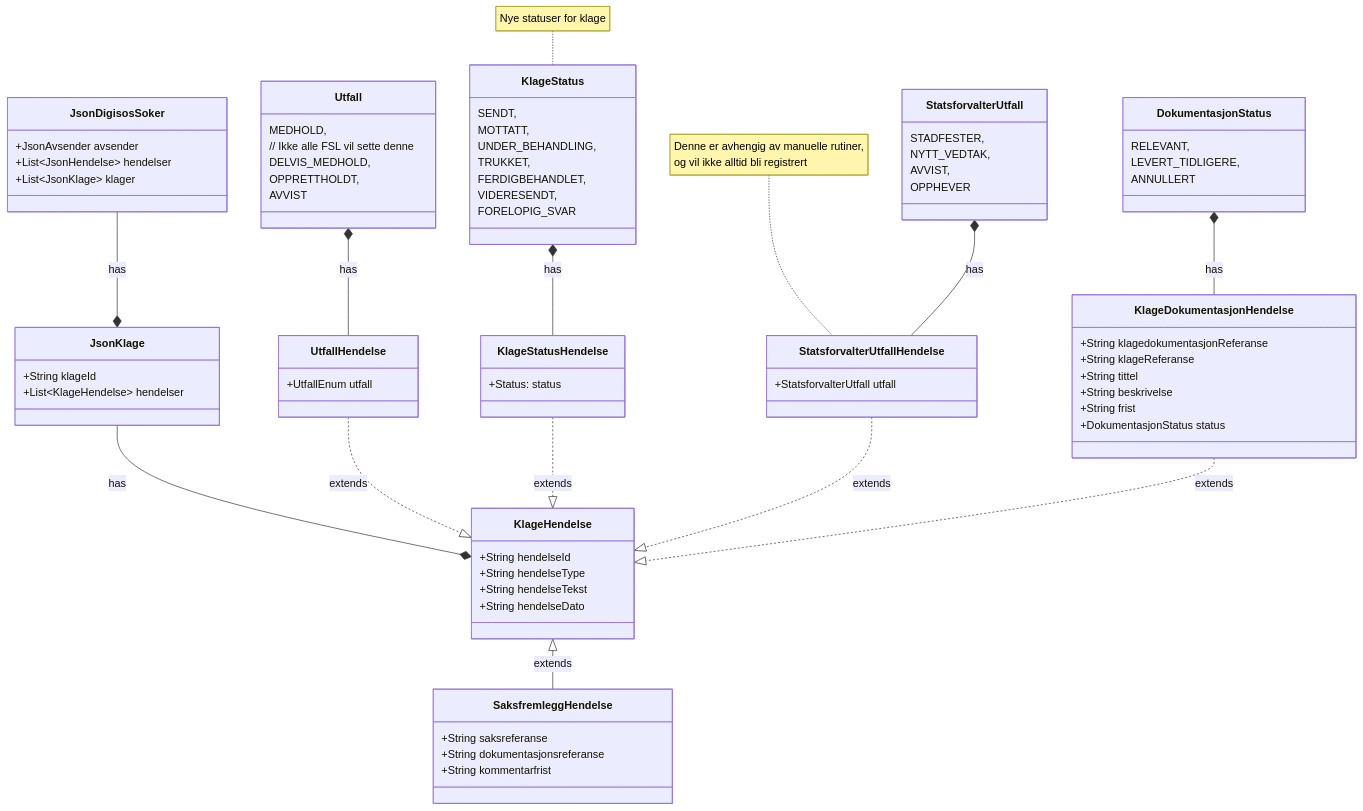
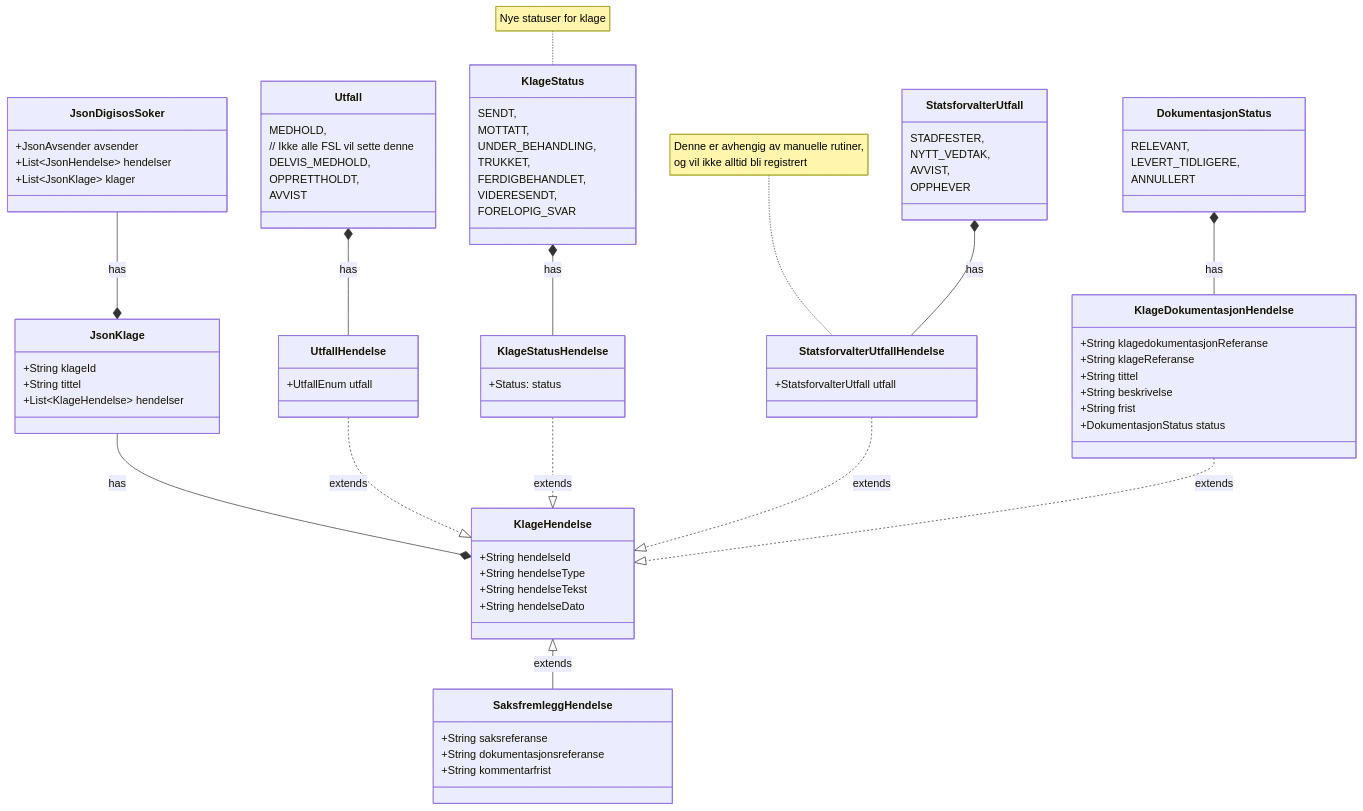
Before and after one commit to navikt/soknadsosialhjelp-filformat: the seventh of 7 diagrams in klage-filformat.md, drawn with Mermaid. The commit also changed other lines of this file and 3 other files, not shown here.

```diff
--- a/klage-filformat.md
+++ b/klage-filformat.md
@@ -125,6 +201,7 @@
     JsonKlage --* KlageHendelse: has
     class JsonKlage {
         +String klageId
+        +String tittel
         +List~KlageHendelse~ hendelser
     }
 
```
